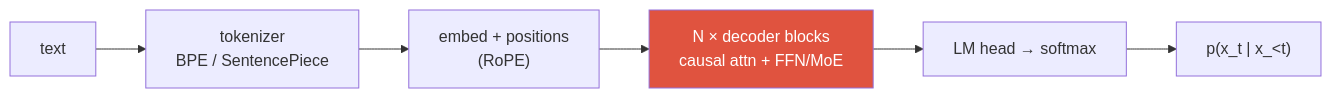
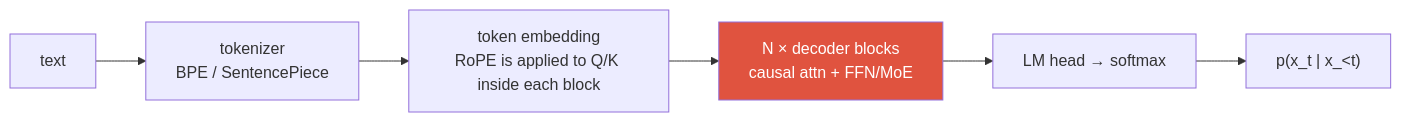
The first of 2 diagrams in content/llm/fundamentals.md (beomyoung-kim/ml_study), drawn with Mermaid before and after one commit. The commit also changed other lines of this file and 209 other files, not shown here.

````diff
--- a/content/llm/fundamentals.md
+++ b/content/llm/fundamentals.md
@@ -10,9 +51,9 @@
 ```mermaid
 flowchart LR
   T["text"] --> BPE["tokenizer<br/>BPE / SentencePiece"]
-  BPE --> E["embed + positions<br/>(RoPE)"]
+  BPE --> E["token embedding<br/>RoPE is applied to Q/K inside each block"]
   E --> B["N × decoder blocks<br/>causal attn + FFN/MoE"]
   B --> H["LM head → softmax"]
   H --> P["p(x_t | x_&lt;t)"]
   style B fill:#e0533f,color:#fff
 ```
````
